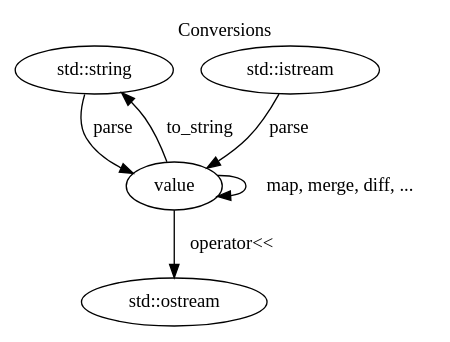
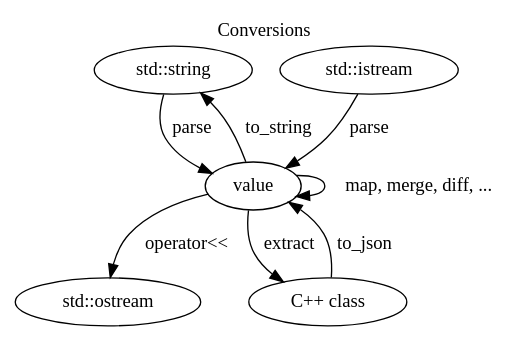
One commit to tgockel/json-voorhees changed the diagram in doc/conversions.dot. Above: the diagram before and after it, drawn with Graphviz. The commit also changed 7 other files, not shown here.

```diff
--- a/doc/conversions.dot
+++ b/doc/conversions.dot
@@ -1,15 +1,18 @@
 digraph jsonv {
   label="Conversions"
   labelloc="t"
   
   str     [label="std::string"]
   istream [label="std::istream"]
   ostream [label="std::ostream"]
   value   [label="value", URL="\ref jsonv::value"]
+  class   [label="C++ class"]
   
   value   -> str     [label="to_string"]
   value   -> ostream [label="operator<<"]
   str     -> value   [label="parse"]
   istream -> value   [label="parse"]
   value   -> value   [label="map, merge, diff, ..."]
+  value   -> class   [label="extract"]
+  class   -> value   [label="to_json"]
 }
```
